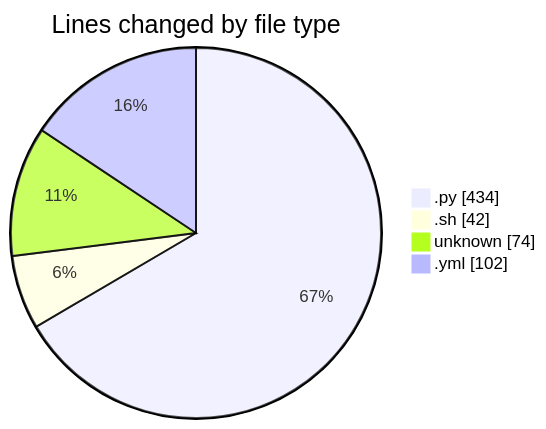
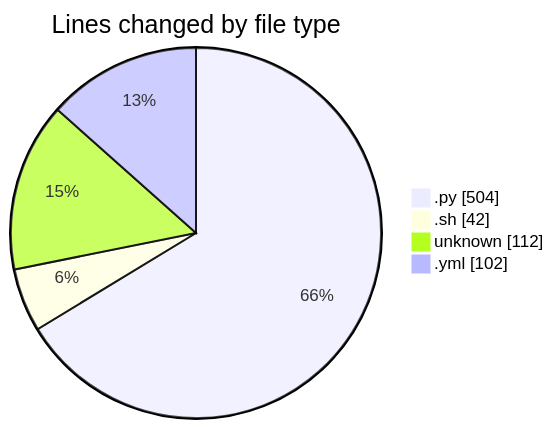
The first of 2 diagrams in 2025-05-14/niten/README.md (Elitesun/code-tracking), drawn with Mermaid before and after one commit. The commit also changed other lines of this file and 1 other file, not shown here.

````diff
--- a/2025-05-14/niten/README.md
+++ b/2025-05-14/niten/README.md
@@ -27,8 +29,8 @@
 ```mermaid
 pie showData
 title Lines changed by file type
-".py" : 434
+".py" : 504
 ".sh" : 42
-"unknown" : 74
+"unknown" : 112
 ".yml" : 102
 ```
````
